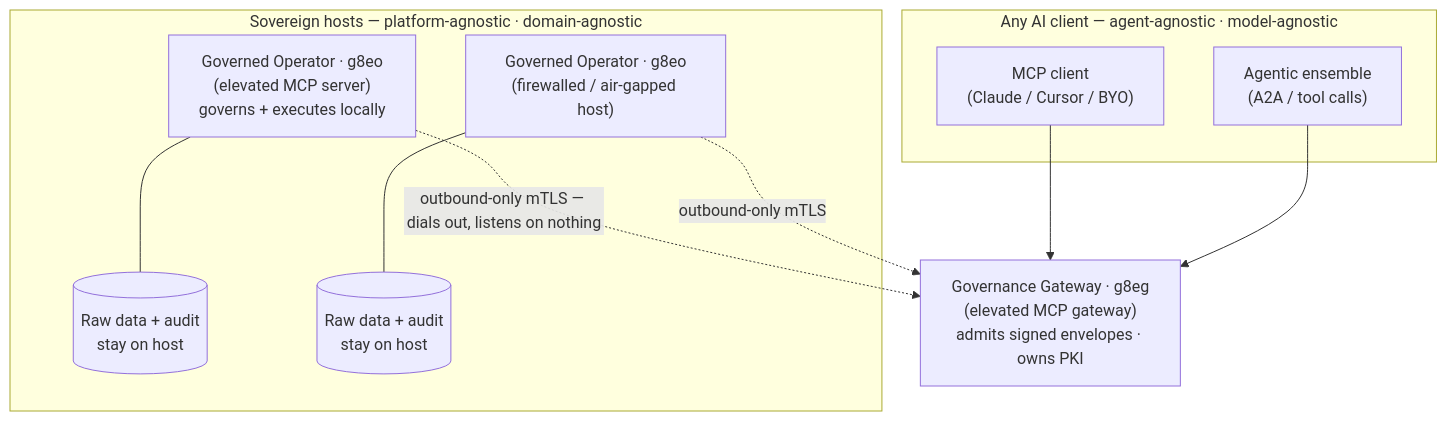
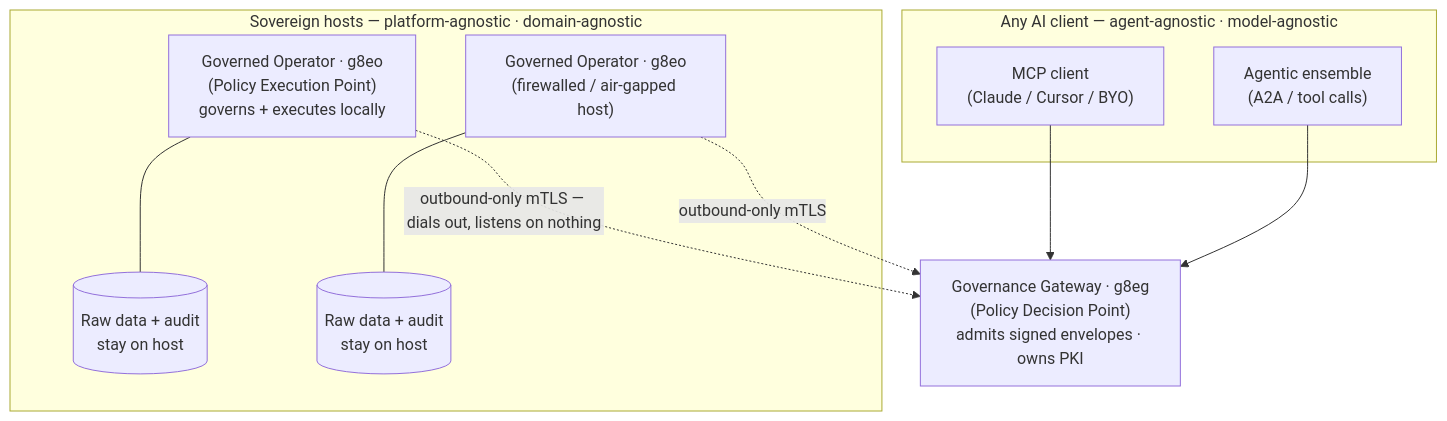
Before and after one commit to g8e-ai/g8e: the first of 3 diagrams in README.md, drawn with Mermaid. The commit also changed other lines of this file and 13 other files, not shown here.

````diff
--- a/README.md
+++ b/README.md
@@ -47,23 +47,23 @@
 ```mermaid
 graph TD
     subgraph Clients ["Any AI client — agent-agnostic · model-agnostic"]
         C1["MCP client<br/>(Claude / Cursor / BYO)"]
         C2["Agentic ensemble<br/>(A2A / tool calls)"]
     end
 
-    GW["Governance Gateway · g8eg<br/>(elevated MCP gateway)<br/>admits signed envelopes · owns PKI"]
+    GW["Governance Gateway · g8eg<br/>(Policy Decision Point)<br/>admits signed envelopes · owns PKI"]
 
     subgraph Fleet ["Sovereign hosts — platform-agnostic · domain-agnostic"]
-        O1["Governed Operator · g8eo<br/>(elevated MCP server)<br/>governs + executes locally"]
+        O1["Governed Operator · g8eo<br/>(Policy Execution Point)<br/>governs + executes locally"]
         D1[("Raw data + audit<br/>stay on host")]
         O2["Governed Operator · g8eo<br/>(firewalled / air-gapped host)"]
         D2[("Raw data + audit<br/>stay on host")]
         O1 --- D1
         O2 --- D2
     end
 
     C1 --> GW
     C2 --> GW
     O1 -. "outbound-only mTLS — dials out, listens on nothing" .-> GW
     O2 -. "outbound-only mTLS" .-> GW
 ```
````
